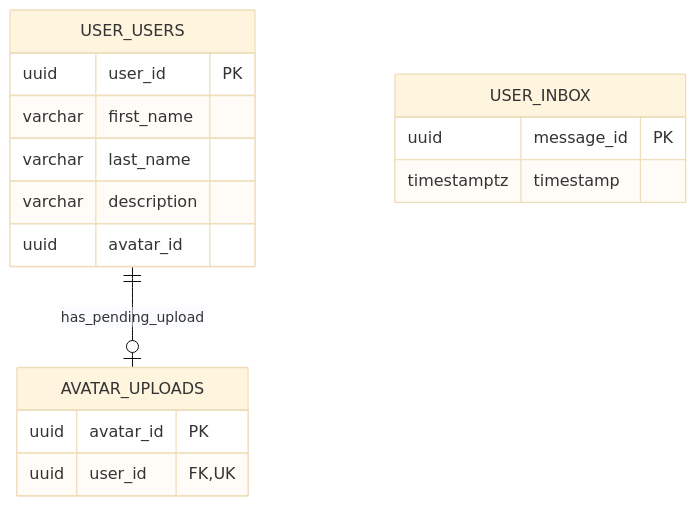
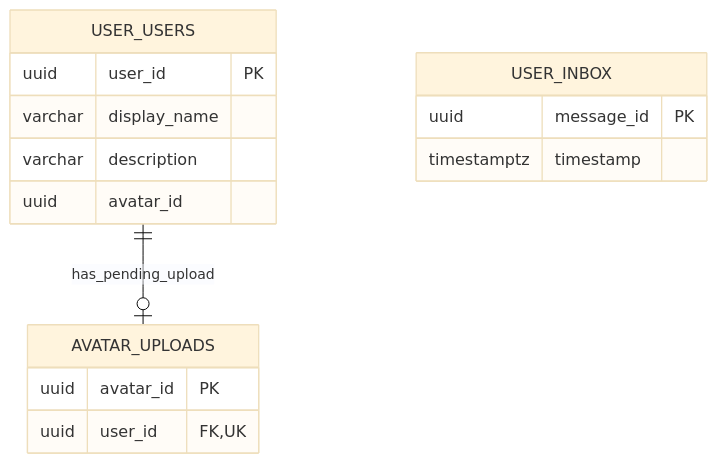
Before and after one commit to mephistolie/chefbook-backend-user: the diagram in README.md, drawn with Mermaid (base theme). The commit also changed other lines of this file and 21 other files, not shown here.

````diff
--- a/README.md
+++ b/README.md
@@ -37,22 +37,21 @@
 ```mermaid
 erDiagram
     USER_USERS {
         uuid user_id PK
-        varchar first_name
-        varchar last_name
+        varchar display_name
         varchar description
         uuid avatar_id
     }
 
     AVATAR_UPLOADS {
         uuid avatar_id PK
         uuid user_id FK,UK
     }
 
     USER_INBOX {
         uuid message_id PK
         timestamptz timestamp
     }
 
     USER_USERS ||--o| AVATAR_UPLOADS : has_pending_upload
 ```
````
